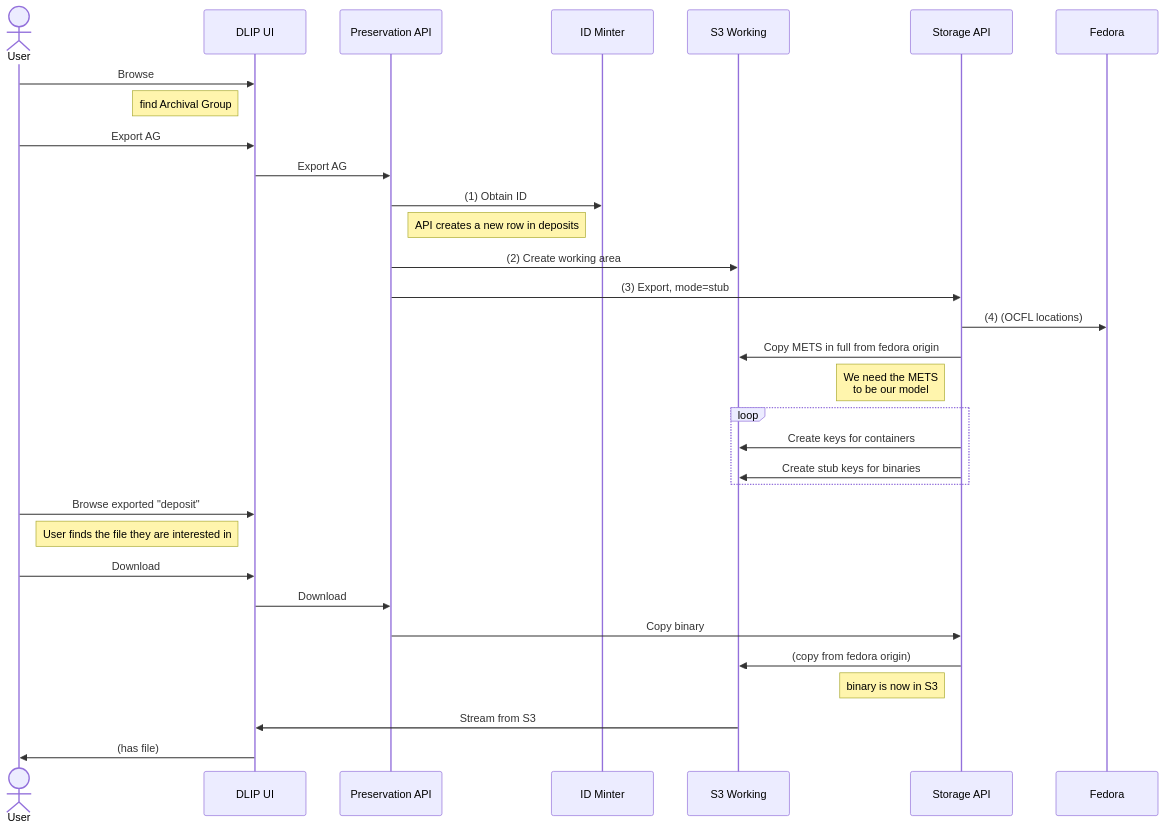
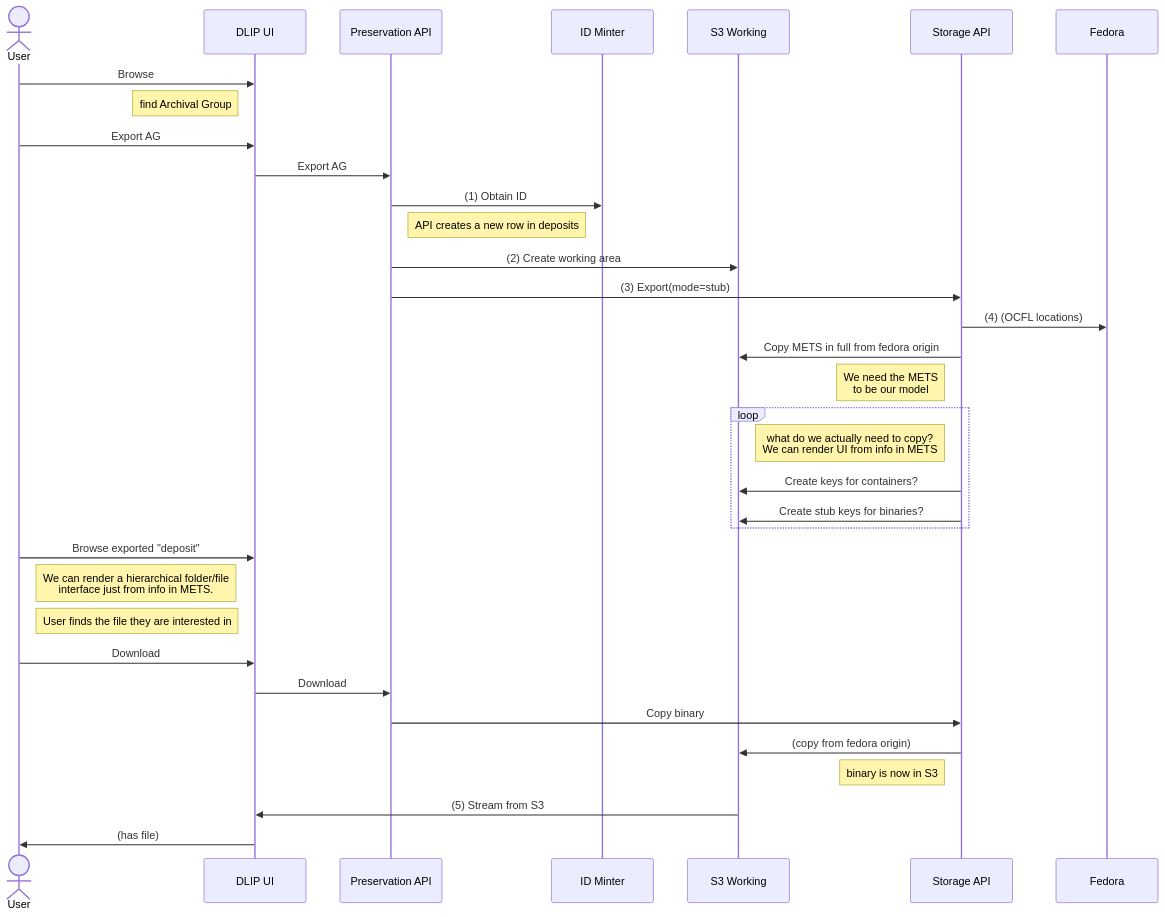
The diagram in sequence-diagrams/pull-from-repository.md (digirati-co-uk/digital-preservation-docs), drawn with Mermaid before and after one commit. The commit also changed other lines of this file and 4 other files, not shown here.

````diff
--- a/sequence-diagrams/pull-from-repository.md
+++ b/sequence-diagrams/pull-from-repository.md
@@ -15,36 +15,38 @@
 ```mermaid
 sequenceDiagram
 
     actor A as User
     participant UI as DLIP UI
     participant API as Preservation API
     participant ID as ID Minter
     participant S3 as S3 Working
     participant Storage as Storage API
     participant Fedora
 
     A->>UI: Browse
     note left of UI: find Archival Group
     A->>UI: Export AG
     UI->>API: Export AG
     API->>ID: (1) Obtain ID
     note right of API: API creates a new row in deposits
     API->>S3: (2) Create working area
-    API->>Storage: (3) Export, mode=stub
+    API->>Storage: (3) Export(mode=stub)
     Storage->>Fedora: (4) (OCFL locations)
     Storage->>S3: Copy METS in full from fedora origin
     note left of Storage: We need the METS<br>to be our model
     loop 
-    Storage->>S3: Create keys for containers
-    Storage->>S3: Create stub keys for binaries
+    note left of Storage: what do we actually need to copy?<br>We can render UI from info in METS
+    Storage->>S3: Create keys for containers?
+    Storage->>S3: Create stub keys for binaries?
     end
     A->>UI: Browse exported "deposit"
+    note right of A: We can render a hierarchical folder/file<br>interface just from info in METS.
     note right of A: User finds the file they are interested in
     A->>UI: Download
     UI->>API: Download
     API->>Storage: Copy binary
     Storage->>S3: (copy from fedora origin)
     note left of Storage: binary is now in S3
-    S3->>UI: Stream from S3
+    S3->>UI: (5) Stream from S3
     UI->>A: (has file)
 ```
````
